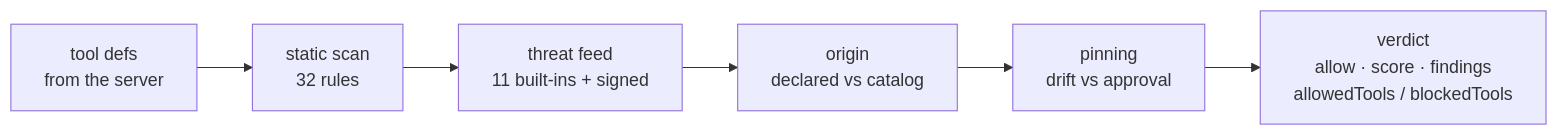
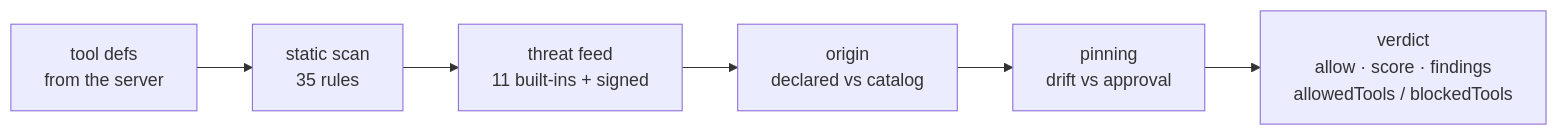
One commit to alexar76/warden changed the diagram in README.md. Above: the diagram before and after it, drawn with Mermaid. The commit also changed other lines of this file and 52 other files, not shown here.

````diff
--- a/README.md
+++ b/README.md
@@ -205,8 +205,8 @@
 ```mermaid
 flowchart LR
-  T["tool defs<br/>from the server"] --> S["static scan<br/>32 rules"]
+  T["tool defs<br/>from the server"] --> S["static scan<br/>35 rules"]
   S --> F["threat feed<br/>11 built-ins + signed"]
   F --> O["origin<br/>declared vs catalog"]
   O --> P["pinning<br/>drift vs approval"]
   P --> V["verdict<br/>allow · score · findings<br/>allowedTools / blockedTools"]
 ```
````
